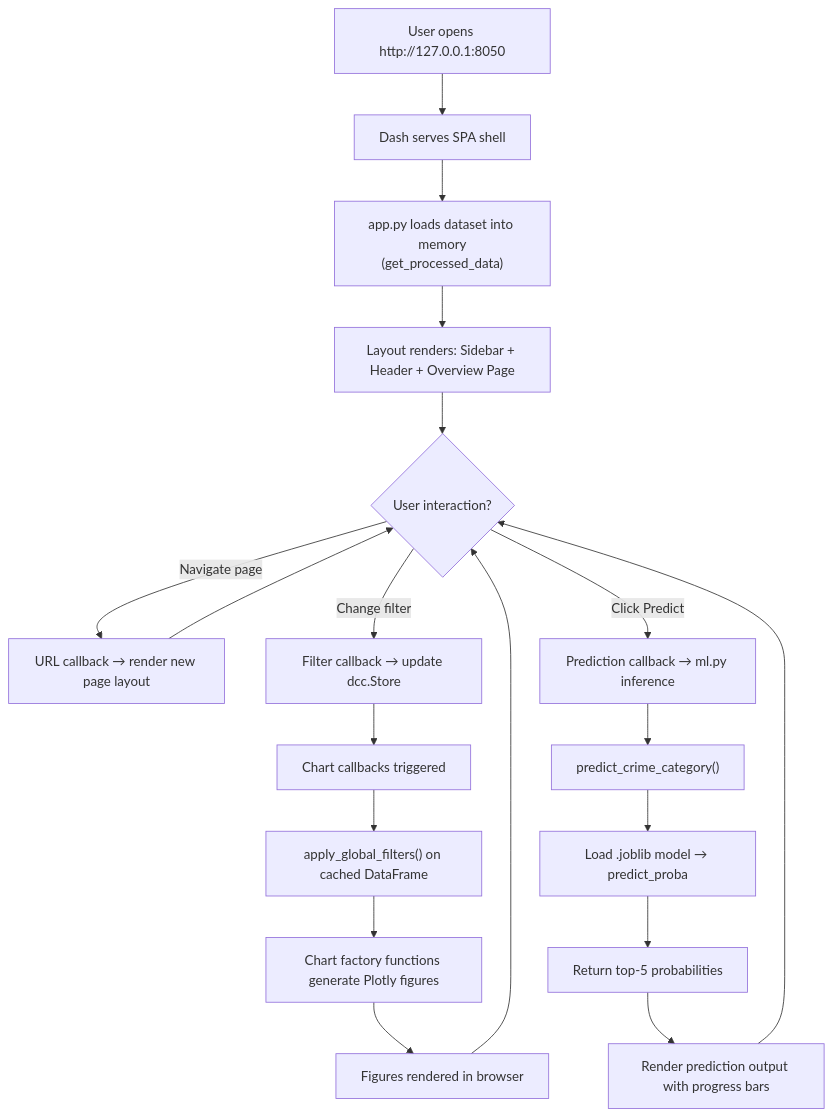
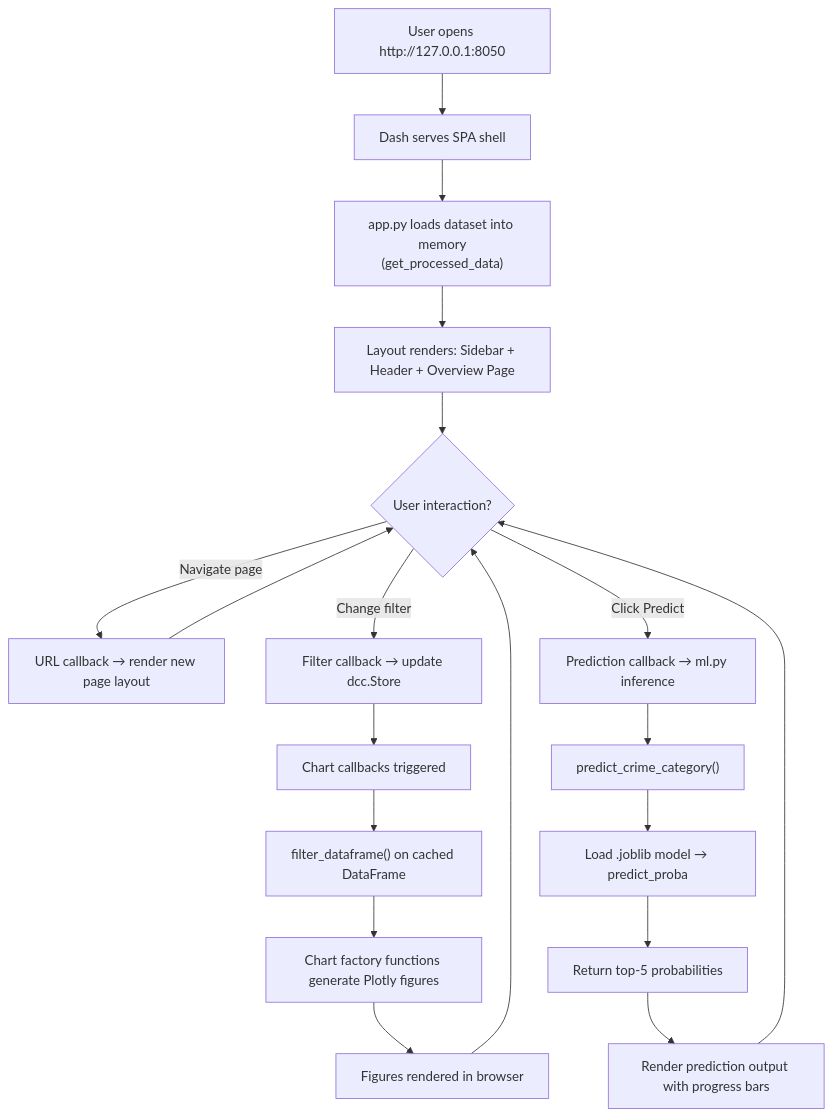
One commit to Joshi4git-hub/CrimeScope changed the second of 3 diagrams in README.md. Above: the diagram before and after it, drawn with Mermaid. The commit also changed other lines of this file, not shown here.

````diff
--- a/README.md
+++ b/README.md
@@ -723,25 +723,25 @@
 ```mermaid
 flowchart TD
     A["User opens http://127.0.0.1:8050"] --> B["Dash serves SPA shell"]
     B --> C["app.py loads dataset into memory<br/>(get_processed_data)"]
     C --> D["Layout renders: Sidebar + Header + Overview Page"]
     D --> E{"User interaction?"}
 
     E -->|"Navigate page"| F["URL callback → render new page layout"]
     E -->|"Change filter"| G["Filter callback → update dcc.Store"]
     E -->|"Click Predict"| H["Prediction callback → ml.py inference"]
 
     G --> I["Chart callbacks triggered"]
-    I --> J["apply_global_filters() on cached DataFrame"]
+    I --> J["filter_dataframe() on cached DataFrame"]
     J --> K["Chart factory functions generate Plotly figures"]
     K --> L["Figures rendered in browser"]
 
     F --> E
     L --> E
 
     H --> M["predict_crime_category()"]
     M --> N["Load .joblib model → predict_proba"]
     N --> O["Return top-5 probabilities"]
     O --> P["Render prediction output with progress bars"]
     P --> E
 ```
````
